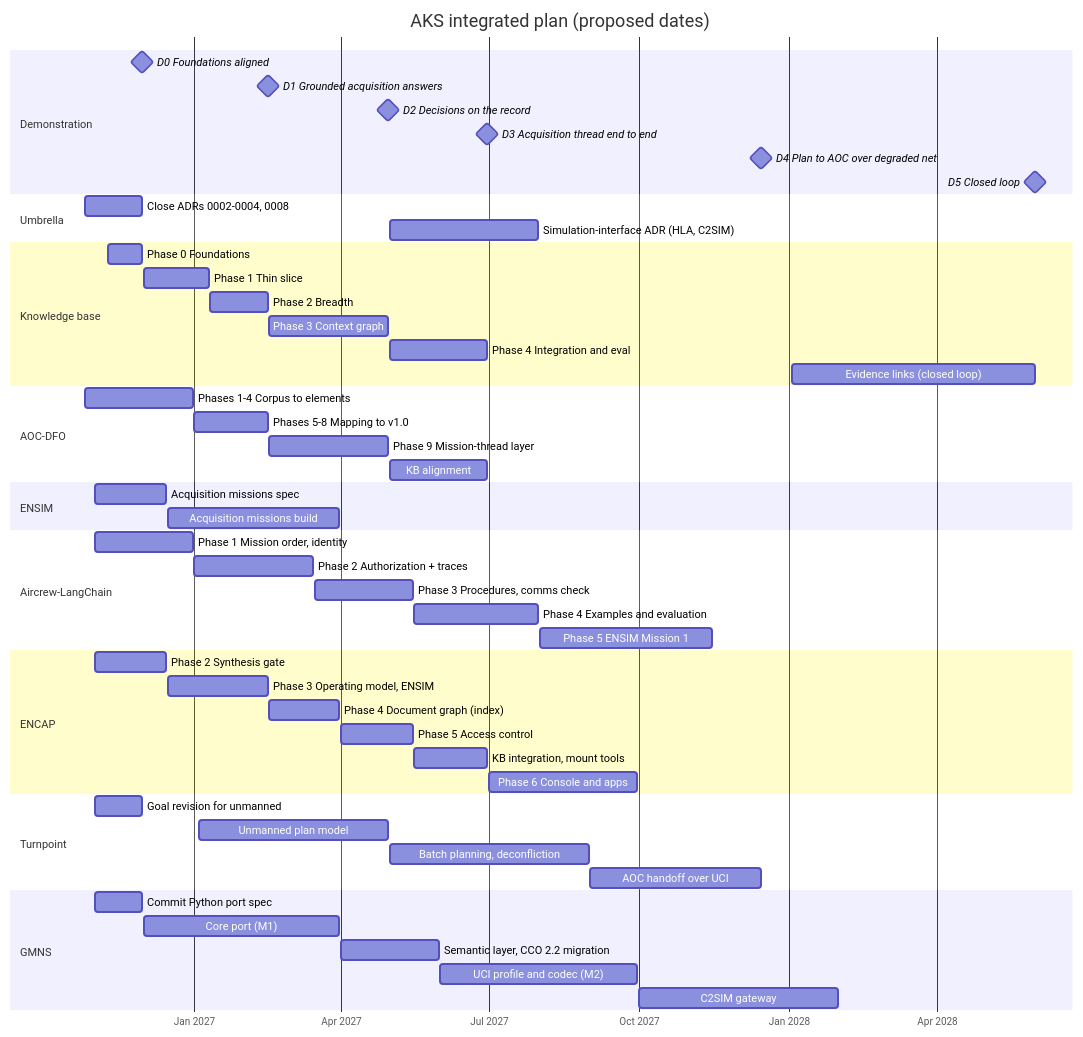
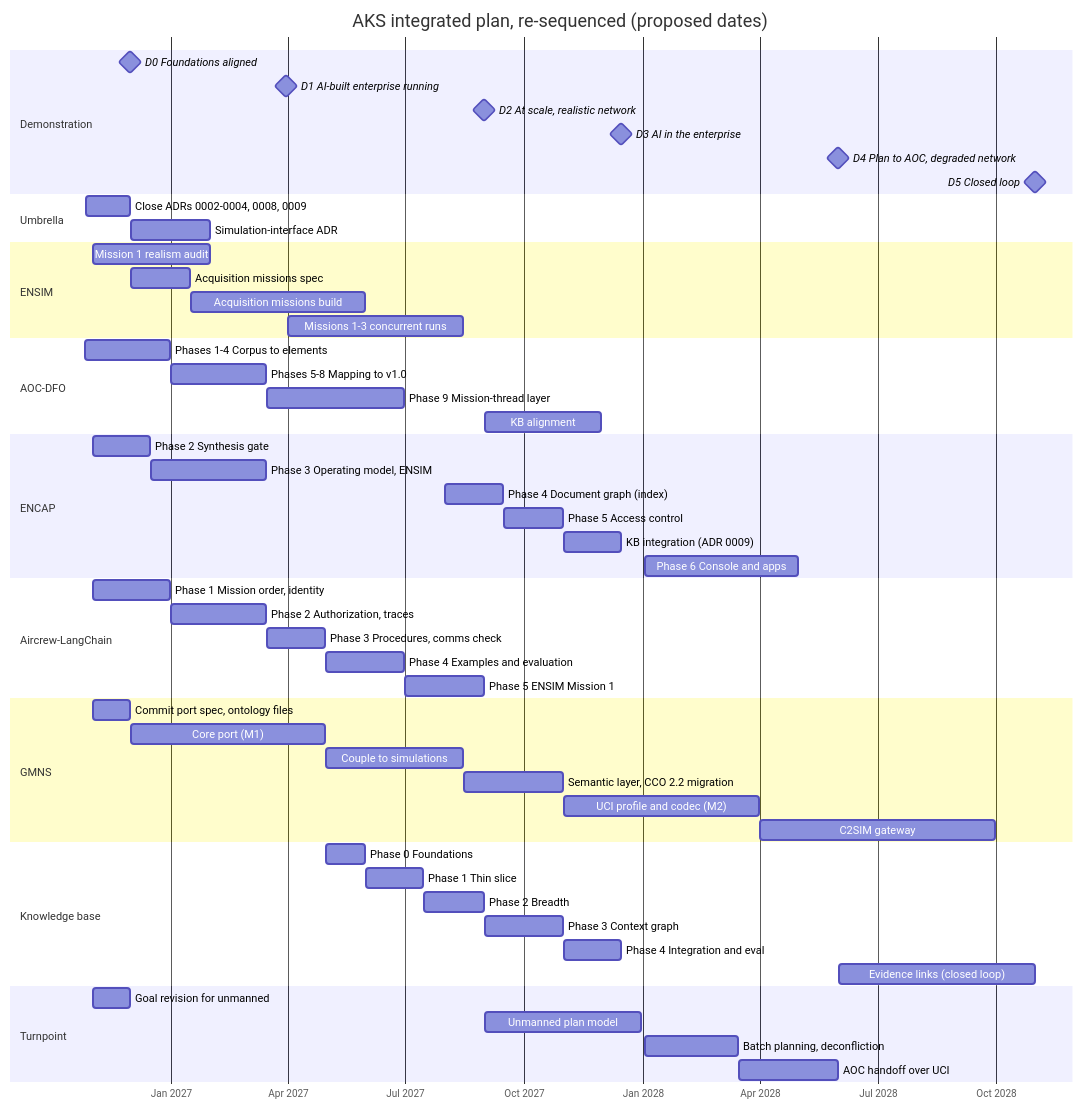
One commit to semanticarchitectures/acquisition-knowledge-system changed the first of 2 diagrams in docs/integrated-plan.md. Above: the diagram before and after it, drawn with Mermaid. The commit also changed other lines of this file and 2 other files, not shown here.

First line of the commit message:
Re-sequence the integrated plan to the two-layer goal

````diff
--- a/docs/integrated-plan.md
+++ b/docs/integrated-plan.md
@@ -31,64 +46,67 @@
 ```mermaid
 gantt
-  title AKS integrated plan (proposed dates)
+  title AKS integrated plan, re-sequenced (proposed dates)
   dateFormat YYYY-MM-DD
   axisFormat %b %Y
 
   section Demonstration
   D0 Foundations aligned            :milestone, d0, 2026-11-30, 0d
-  D1 Grounded acquisition answers   :milestone, d1, 2027-02-15, 0d
-  D2 Decisions on the record        :milestone, d2, 2027-04-30, 0d
-  D3 Acquisition thread end to end  :milestone, d3, 2027-06-30, 0d
-  D4 Plan to AOC over degraded net  :milestone, d4, 2027-12-15, 0d
-  D5 Closed loop                    :milestone, d5, 2028-05-31, 0d
+  D1 AI-built enterprise running    :milestone, d1, 2027-03-31, 0d
+  D2 At scale, realistic network    :milestone, d2, 2027-08-31, 0d
+  D3 AI in the enterprise           :milestone, d3, 2027-12-15, 0d
+  D4 Plan to AOC, degraded network  :milestone, d4, 2028-05-31, 0d
+  D5 Closed loop                    :milestone, d5, 2028-10-31, 0d
 
   section Umbrella
-  Close ADRs 0002-0004, 0008        :u1, 2026-10-26, 2026-11-30
-  Simulation-interface ADR (HLA, C2SIM) :u2, 2027-05-01, 2027-07-31
+  Close ADRs 0002-0004, 0008, 0009  :u1, 2026-10-27, 2026-11-30
+  Simulation-interface ADR          :u2, 2026-12-01, 2027-01-31
 
-  section Knowledge base
-  Phase 0 Foundations               :kb0, 2026-11-09, 2026-11-30
-  Phase 1 Thin slice                :kb1, 2026-12-01, 2027-01-10
-  Phase 2 Breadth                   :kb2, 2027-01-11, 2027-02-15
-  Phase 3 Context graph             :kb3, 2027-02-16, 2027-04-30
-  Phase 4 Integration and eval      :kb4, 2027-05-01, 2027-06-30
-  Evidence links (closed loop)      :kb5, 2028-01-03, 2028-05-31
+  section ENSIM
+  Mission 1 realism audit           :en0, 2026-11-01, 2027-01-31
+  Acquisition missions spec         :en1, 2026-12-01, 2027-01-15
+  Acquisition missions build        :en2, 2027-01-16, 2027-05-31
+  Missions 1-3 concurrent runs      :en3, 2027-04-01, 2027-08-15
 
   section AOC-DFO
   Phases 1-4 Corpus to elements     :ao1, 2026-10-26, 2026-12-31
-  Phases 5-8 Mapping to v1.0        :ao2, 2027-01-01, 2027-02-15
-  Phase 9 Mission-thread layer      :ao3, 2027-02-16, 2027-04-30
-  KB alignment                      :ao4, 2027-05-01, 2027-06-30
+  Phases 5-8 Mapping to v1.0        :ao2, 2027-01-01, 2027-03-15
+  Phase 9 Mission-thread layer      :ao3, 2027-03-16, 2027-06-30
+  KB alignment                      :ao4, 2027-09-01, 2027-11-30
 
-  section ENSIM
-  Acquisition missions spec         :en1, 2026-11-01, 2026-12-15
-  Acquisition missions build        :en2, 2026-12-16, 2027-03-31
+  section ENCAP
+  Phase 2 Synthesis gate            :ec2, 2026-11-01, 2026-12-15
+  Phase 3 Operating model, ENSIM    :ec3, 2026-12-16, 2027-03-15
+  Phase 4 Document graph (index)    :ec4, 2027-08-01, 2027-09-15
+  Phase 5 Access control            :ec5, 2027-09-16, 2027-10-31
+  KB integration (ADR 0009)         :ec6, 2027-11-01, 2027-12-15
+  Phase 6 Console and apps          :ec7, 2028-01-03, 2028-04-30
 
   section Aircrew-LangChain
   Phase 1 Mission order, identity   :al1, 2026-11-01, 2026-12-31
-  Phase 2 Authorization + traces    :al2, 2027-01-01, 2027-03-15
-  Phase 3 Procedures, comms check   :al3, 2027-03-16, 2027-05-15
-  Phase 4 Examples and evaluation   :al4, 2027-05-16, 2027-07-31
-  Phase 5 ENSIM Mission 1           :al5, 2027-08-01, 2027-11-15
+  Phase 2 Authorization, traces     :al2, 2027-01-01, 2027-03-15
+  Phase 3 Procedures, comms check   :al3, 2027-03-16, 2027-04-30
+  Phase 4 Examples and evaluation   :al4, 2027-05-01, 2027-06-30
+  Phase 5 ENSIM Mission 1           :al5, 2027-07-01, 2027-08-31
 
-  section ENCAP
-  Phase 2 Synthesis gate            :ec2, 2026-11-01, 2026-12-15
-  Phase 3 Operating model, ENSIM    :ec3, 2026-12-16, 2027-02-15
-  Phase 4 Document graph (index)    :ec4, 2027-02-16, 2027-03-31
-  Phase 5 Access control            :ec5, 2027-04-01, 2027-05-15
-  KB integration, mount tools       :ec6, 2027-05-16, 2027-06-30
-  Phase 6 Console and apps          :ec7, 2027-07-01, 2027-09-30
+  section GMNS
+  Commit port spec, ontology files  :gm0, 2026-11-01, 2026-11-30
+  Core port (M1)                    :gm1, 2026-12-01, 2027-04-30
+  Couple to simulations             :gm2, 2027-05-01, 2027-08-15
+  Semantic layer, CCO 2.2 migration :gm3, 2027-08-16, 2027-10-31
+  UCI profile and codec (M2)        :gm4, 2027-11-01, 2028-03-31
+  C2SIM gateway                     :gm5, 2028-04-01, 2028-09-30
+
+  section Knowledge base
+  Phase 0 Foundations               :kb0, 2027-05-01, 2027-05-31
+  Phase 1 Thin slice                :kb1, 2027-06-01, 2027-07-15
+  Phase 2 Breadth                   :kb2, 2027-07-16, 2027-08-31
+  Phase 3 Context graph             :kb3, 2027-09-01, 2027-10-31
+  Phase 4 Integration and eval      :kb4, 2027-11-01, 2027-12-15
+  Evidence links (closed loop)      :kb5, 2028-06-01, 2028-10-31
 
   section Turnpoint
   Goal revision for unmanned        :tp0, 2026-11-01, 2026-11-30
-  Unmanned plan model               :tp1, 2027-01-04, 2027-04-30
-  Batch planning, deconfliction     :tp2, 2027-05-01, 2027-08-31
-  AOC handoff over UCI              :tp3, 2027-09-01, 2027-12-15
-
-  section GMNS
-  Commit Python port spec           :gm0, 2026-11-01, 2026-11-30
-  Core port (M1)                    :gm1, 2026-12-01, 2027-03-31
-  Semantic layer, CCO 2.2 migration :gm2, 2027-04-01, 2027-05-31
-  UCI profile and codec (M2)        :gm3, 2027-06-01, 2027-09-30
-  C2SIM gateway                     :gm4, 2027-10-01, 2028-01-31
+  Unmanned plan model               :tp1, 2027-09-01, 2027-12-31
+  Batch planning, deconfliction     :tp2, 2028-01-03, 2028-03-15
+  AOC handoff over UCI              :tp3, 2028-03-16, 2028-05-31
 ```
````
